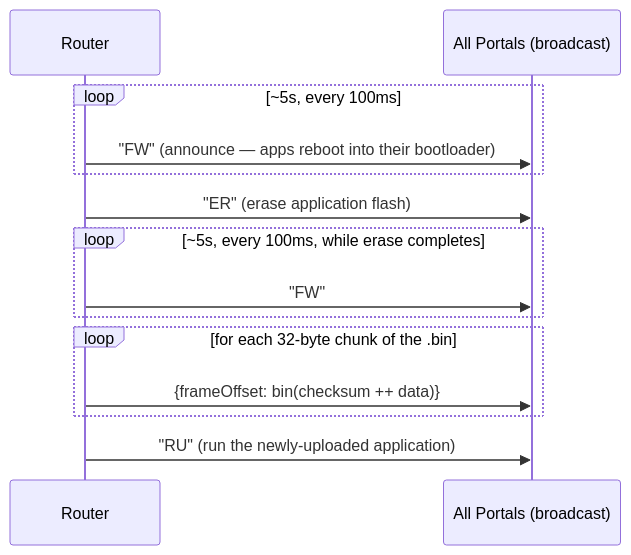
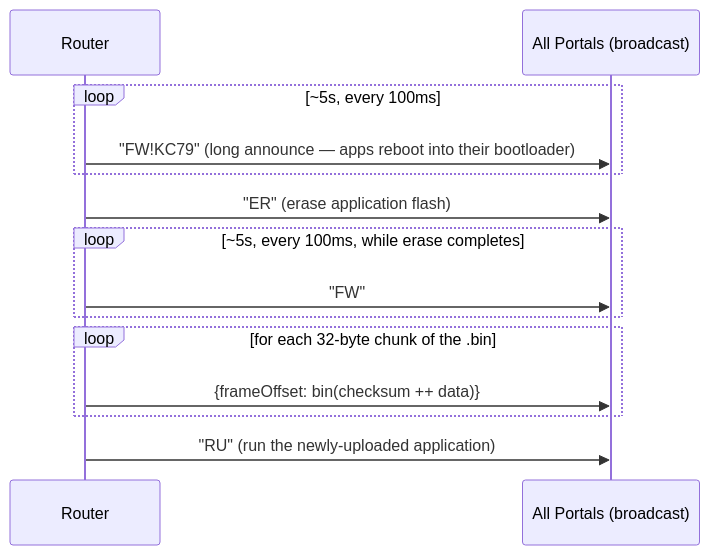
The sixth of 6 diagrams in Protocol.md (elliotwoods/KC79.Reworld), drawn with Mermaid before and after one commit. The commit also changed other lines of this file and 15 other files, not shown here.

````diff
--- a/Protocol.md
+++ b/Protocol.md
@@ -695,17 +872,17 @@
 ```mermaid
 sequenceDiagram
     participant R as Router
     participant All as All Portals (broadcast)
 
     loop ~5s, every 100ms
-        R->>All: "FW"  (announce — apps reboot into their bootloader)
+        R->>All: "FW!KC79"  (long announce — apps reboot into their bootloader)
     end
     R->>All: "ER"  (erase application flash)
     loop ~5s, every 100ms, while erase completes
         R->>All: "FW"
     end
     loop for each 32-byte chunk of the .bin
         R->>All: {frameOffset: bin(checksum ++ data)}
     end
     R->>All: "RU"  (run the newly-uploaded application)
 ```
````
